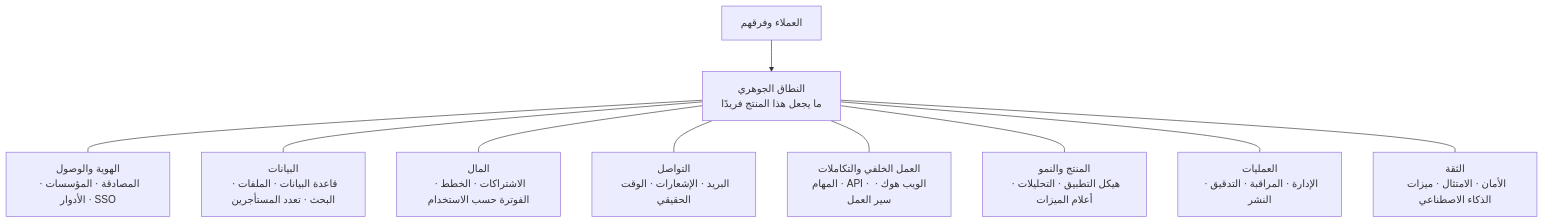
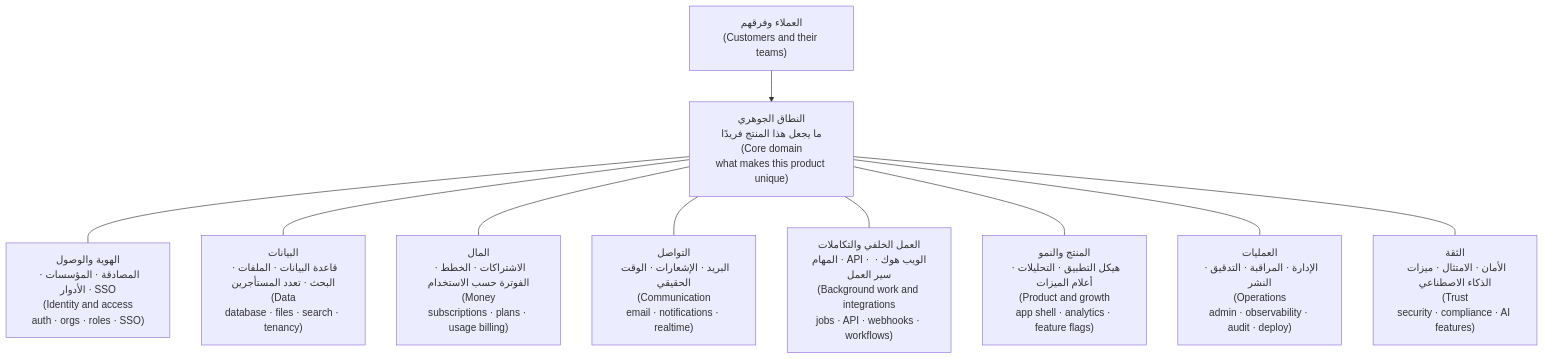
One commit to Tamoura/system-design-for-vibe-coders changed the first of 4 diagrams in saas/modules/00-orientation.ar.md. Above: the diagram before and after it, drawn with Mermaid. The commit also changed other lines of this file and 62 other files, not shown here.

First line of the commit message:
Arabic editions: English on every diagram label, RTL fixes, rebuild

````diff
--- a/saas/modules/00-orientation.ar.md
+++ b/saas/modules/00-orientation.ar.md
@@ -41,12 +41,12 @@
 ```mermaid
 flowchart TD
-    U["العملاء وفرقهم"] --> CORE["النطاق الجوهري<br/>ما يجعل هذا المنتج فريدًا"]
-    CORE --- ID["الهوية والوصول<br/>المصادقة · المؤسسات · الأدوار · SSO"]
-    CORE --- DATA["البيانات<br/>قاعدة البيانات · الملفات · البحث · تعدد المستأجرين"]
-    CORE --- MONEY["المال<br/>الاشتراكات · الخطط · الفوترة حسب الاستخدام"]
-    CORE --- COMMS["التواصل<br/>البريد · الإشعارات · الوقت الحقيقي"]
-    CORE --- BG["العمل الخلفي والتكاملات<br/>المهام · API · الويب هوك · سير العمل"]
-    CORE --- GROW["المنتج والنمو<br/>هيكل التطبيق · التحليلات · أعلام الميزات"]
-    CORE --- OPS["العمليات<br/>الإدارة · المراقبة · التدقيق · النشر"]
-    CORE --- TRUST["الثقة<br/>الأمان · الامتثال · ميزات الذكاء الاصطناعي"]
+    U["العملاء وفرقهم<br/>(Customers and their teams)"] --> CORE["النطاق الجوهري<br/>ما يجعل هذا المنتج فريدًا<br/>(Core domain<br/>what makes this product unique)"]
+    CORE --- ID["الهوية والوصول<br/>المصادقة · المؤسسات · الأدوار · SSO<br/>(Identity and access<br/>auth · orgs · roles · SSO)"]
+    CORE --- DATA["البيانات<br/>قاعدة البيانات · الملفات · البحث · تعدد المستأجرين<br/>(Data<br/>database · files · search · tenancy)"]
+    CORE --- MONEY["المال<br/>الاشتراكات · الخطط · الفوترة حسب الاستخدام<br/>(Money<br/>subscriptions · plans · usage billing)"]
+    CORE --- COMMS["التواصل<br/>البريد · الإشعارات · الوقت الحقيقي<br/>(Communication<br/>email · notifications · realtime)"]
+    CORE --- BG["العمل الخلفي والتكاملات<br/>المهام · API · الويب هوك · سير العمل<br/>(Background work and integrations<br/>jobs · API · webhooks · workflows)"]
+    CORE --- GROW["المنتج والنمو<br/>هيكل التطبيق · التحليلات · أعلام الميزات<br/>(Product and growth<br/>app shell · analytics · feature flags)"]
+    CORE --- OPS["العمليات<br/>الإدارة · المراقبة · التدقيق · النشر<br/>(Operations<br/>admin · observability · audit · deploy)"]
+    CORE --- TRUST["الثقة<br/>الأمان · الامتثال · ميزات الذكاء الاصطناعي<br/>(Trust<br/>security · compliance · AI features)"]
 ```
````
